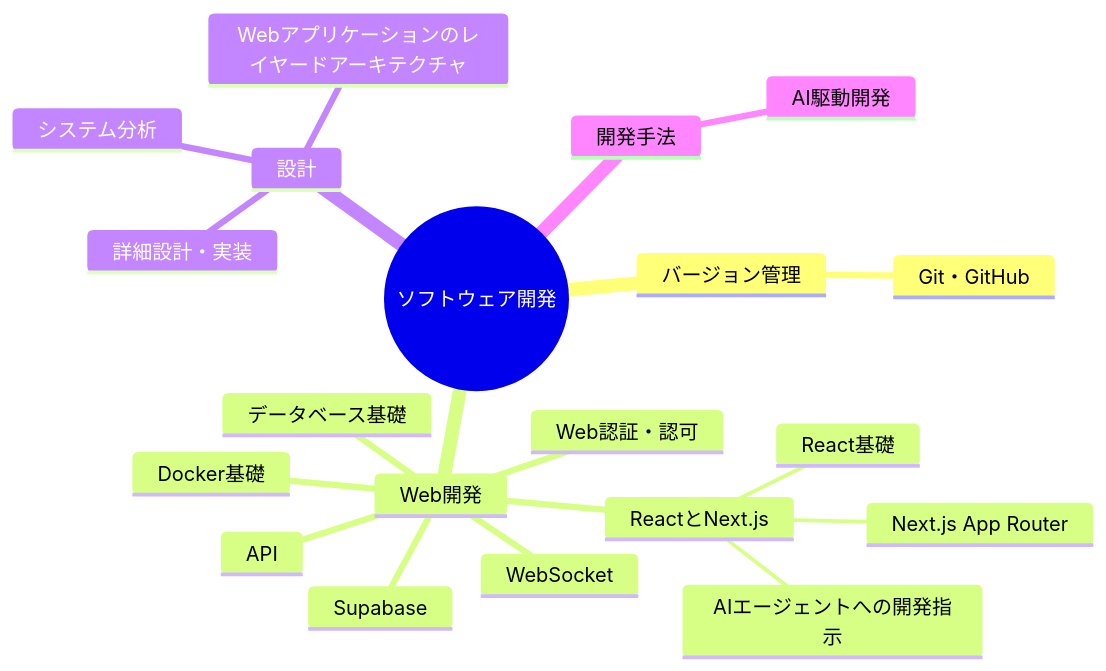
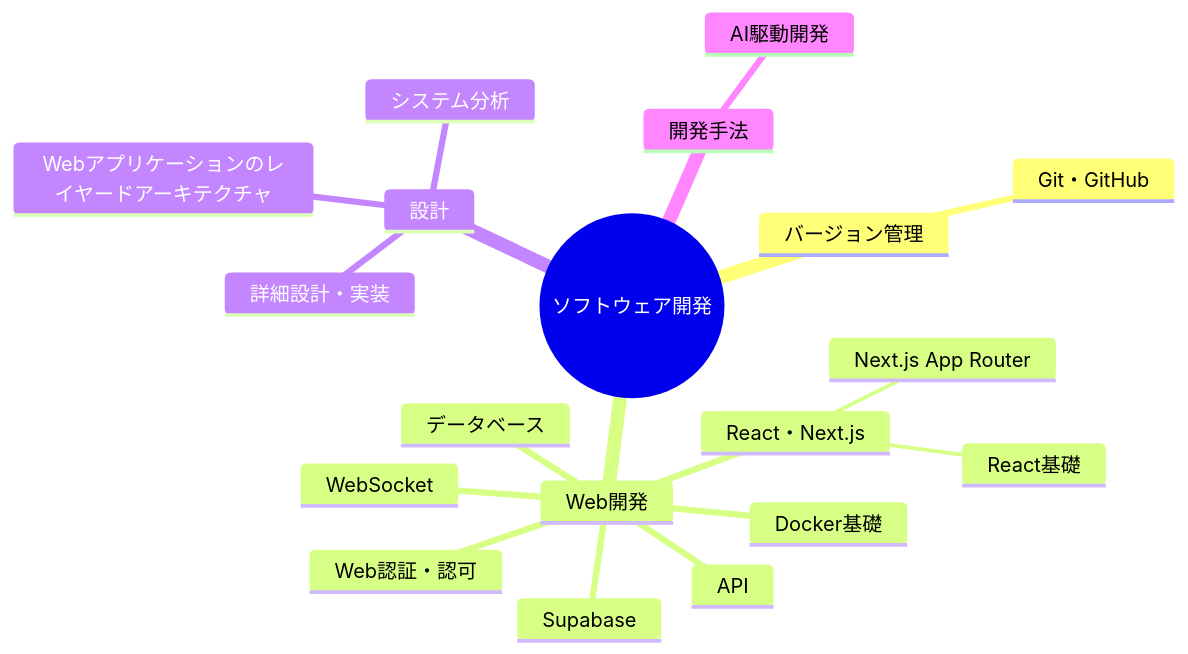
The diagram in 20_Areas/ソフトウェア開発/【MOC】ソフトウェア開発.md (97kuek/obsidian-vault), drawn with Mermaid before and after one commit. The commit also changed other lines of this file and 11 other files, not shown here.

````diff
--- a/20_Areas/ソフトウェア開発/【MOC】ソフトウェア開発.md
+++ b/20_Areas/ソフトウェア開発/【MOC】ソフトウェア開発.md
@@ -16,23 +16,22 @@
 ```mermaid
 mindmap
   root(("ソフトウェア開発"))
     バージョン管理
       Git・GitHub
     Web開発
-      ReactとNext.js
+      React・Next.js
         React基礎
         Next.js App Router
-        AIエージェントへの開発指示
       API
-      データベース基礎
+      データベース
       WebSocket
       Docker基礎
       Supabase
       Web認証・認可
     設計
       システム分析
       詳細設計・実装
       Webアプリケーションのレイヤードアーキテクチャ
     開発手法
       AI駆動開発
 ```
````
